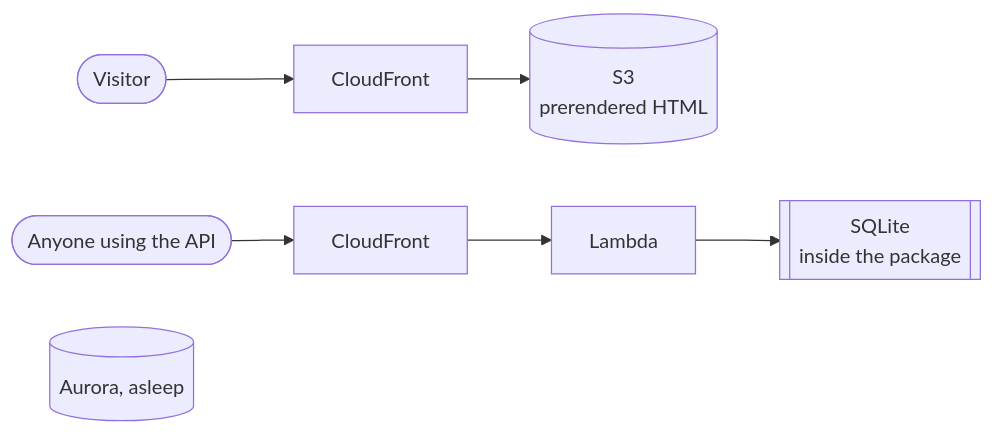
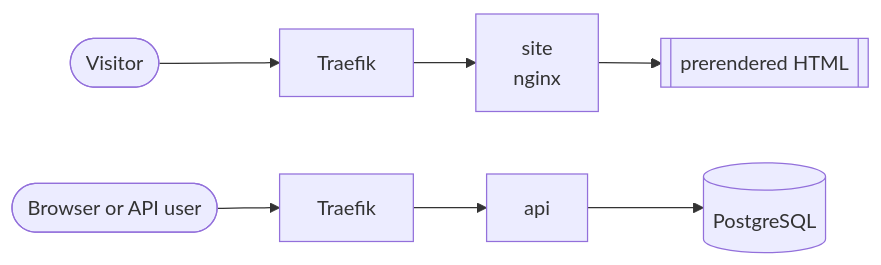
Before and after one commit to StephenODea54/ohfootball.io: the fourth of 4 diagrams in docs/architecture.md, drawn with Mermaid. The commit also changed other lines of this file, not shown here.

````diff
--- a/docs/architecture.md
+++ b/docs/architecture.md
@@ -130,7 +172,5 @@
 ```mermaid
 flowchart LR
-    visitor(["Visitor"]) --> cdnSite["CloudFront"] --> pages[("S3<br/>prerendered HTML")]
-    caller(["Anyone using the API"]) --> cdnApi["CloudFront"] --> fn["Lambda"] --> snapshot[["SQLite<br/>inside the package"]]
-
-    warehouse[("Aurora, asleep")]
+    visitor(["Visitor"]) --> proxy["Traefik"] --> site["site<br/>nginx"] --> pages[["prerendered HTML"]]
+    caller(["Browser or API user"]) --> proxy2["Traefik"] --> api["api"] --> warehouse[("PostgreSQL")]
 ```
````
